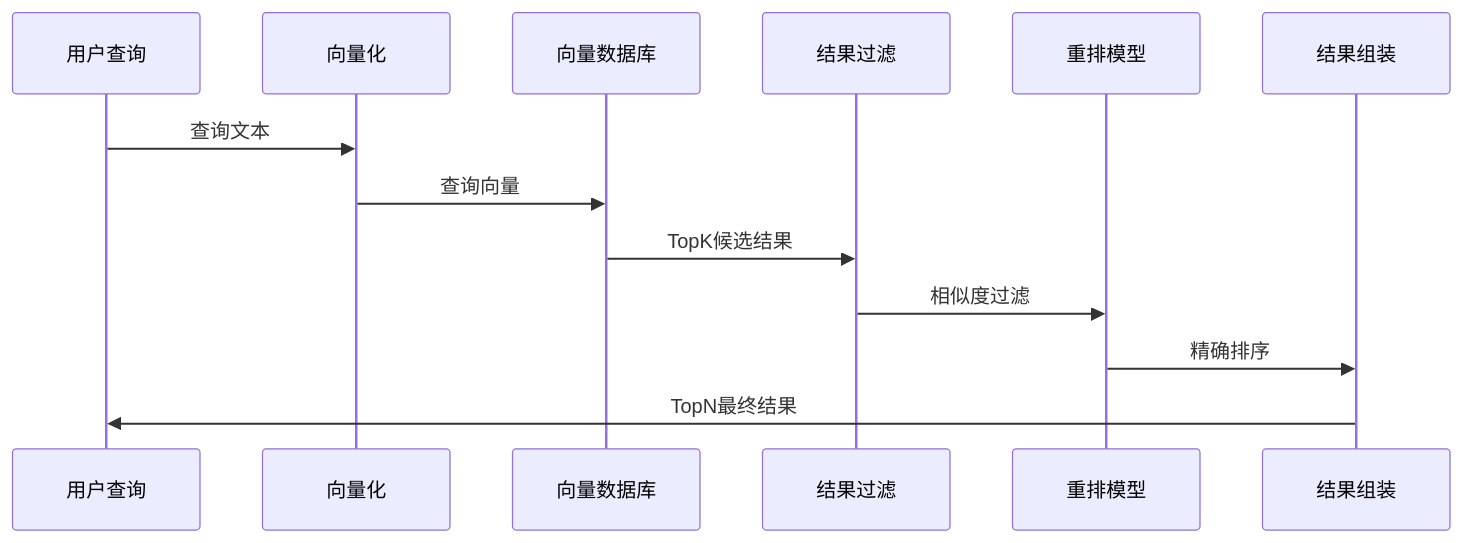
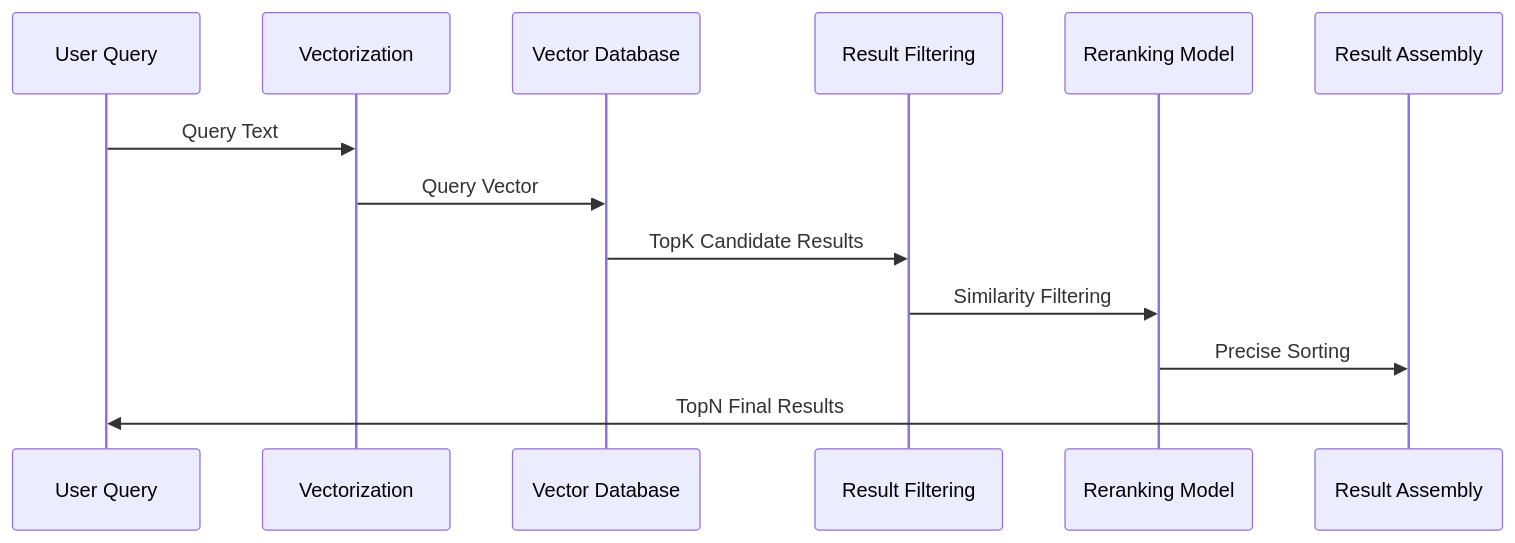
Before and after one commit to jitai-team/jitai-docs: the third of 3 diagrams in docs/devguide/knowledge-base/create-knowledge-elements.md, drawn with Mermaid. The commit also changed other lines of this file and 92 other files, not shown here.

````diff
--- a/docs/devguide/knowledge-base/create-knowledge-elements.md
+++ b/docs/devguide/knowledge-base/create-knowledge-elements.md
@@ -115,16 +115,16 @@
 ```mermaid
 sequenceDiagram
-    participant U as 用户查询
-    participant V as 向量化
-    participant D as 向量数据库
-    participant F as 结果过滤
-    participant R as 重排模型
-    participant A as 结果组装
+    participant U as User Query
+    participant V as Vectorization
+    participant D as Vector Database
+    participant F as Result Filtering
+    participant R as Reranking Model
+    participant A as Result Assembly
     
-    U->>V: 查询文本
-    V->>D: 查询向量
-    D->>F: TopK候选结果
-    F->>R: 相似度过滤
-    R->>A: 精确排序
-    A->>U: TopN最终结果
+    U->>V: Query Text
+    V->>D: Query Vector
+    D->>F: TopK Candidate Results
+    F->>R: Similarity Filtering
+    R->>A: Precise Sorting
+    A->>U: TopN Final Results
 ```
````
